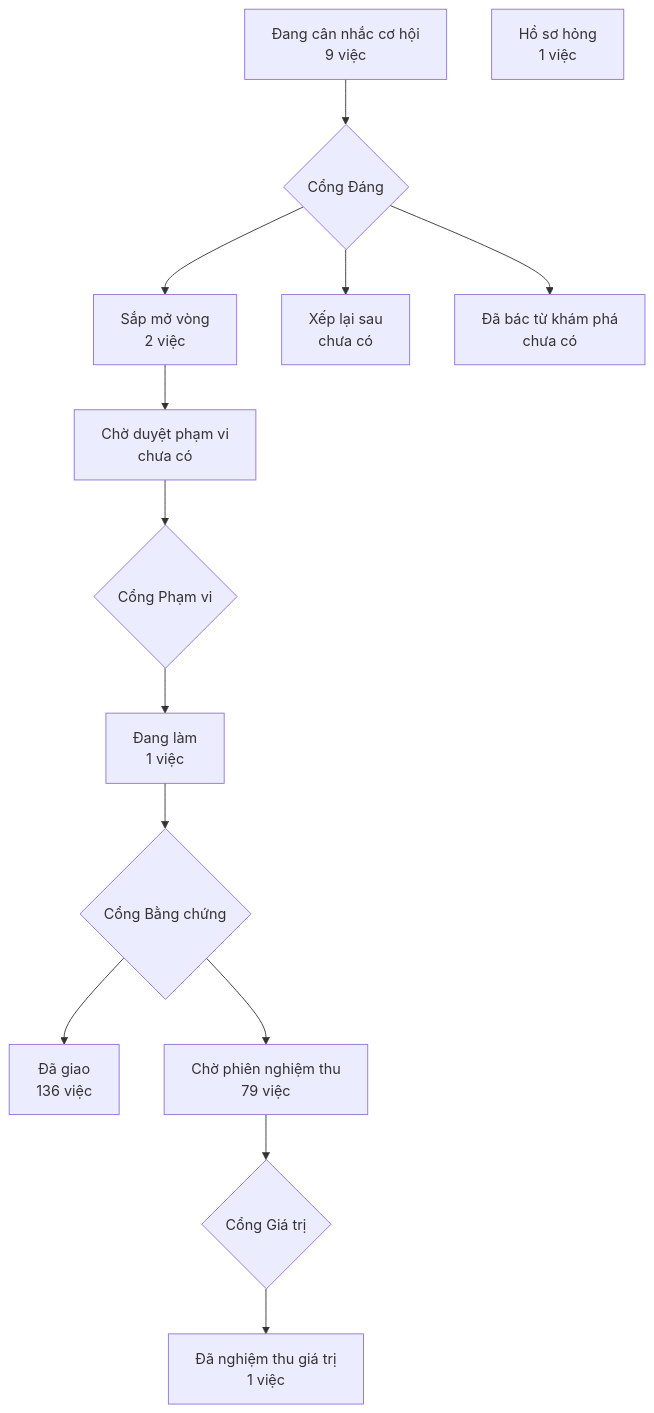
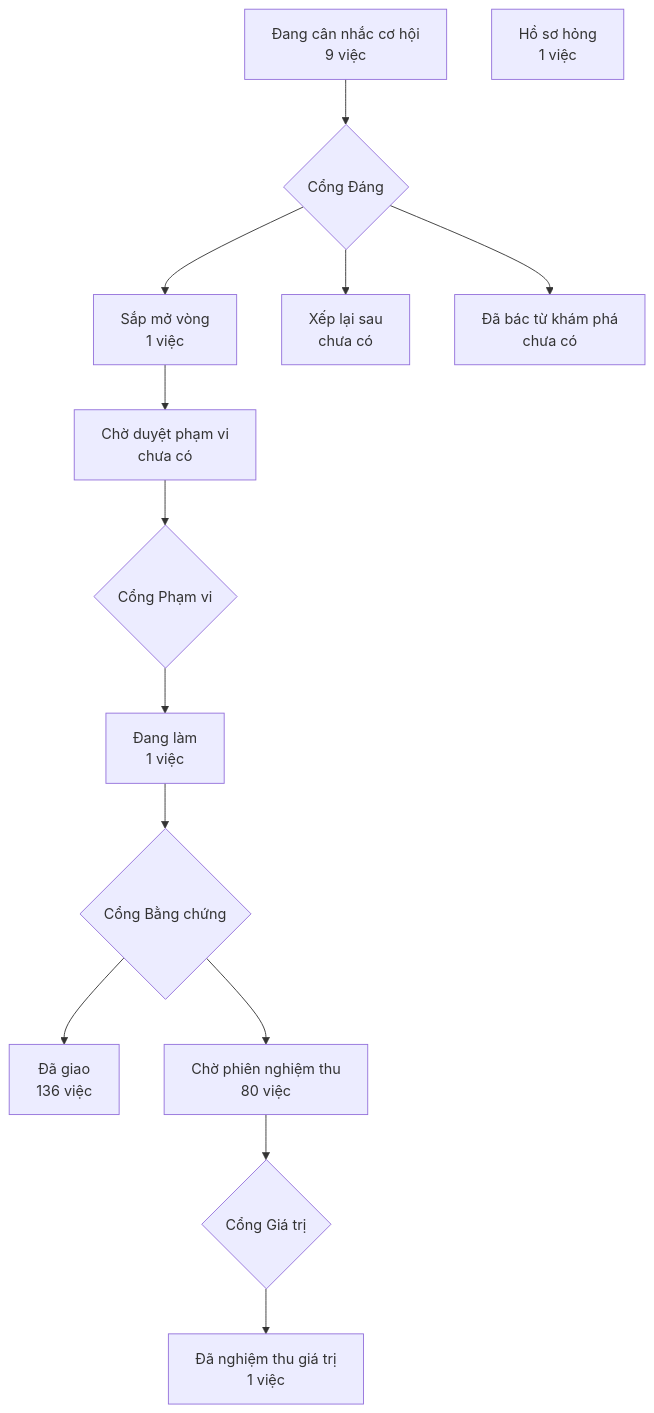
Before and after one commit to phanlemanh/crm-onehub: the diagram in PRODUCT-MAP.md, drawn with Mermaid. The commit also changed other lines of this file and 1 other file, not shown here.

Commit message:
docs: vẽ lại bản đồ sản phẩm và lộ trình bằng bộ vẽ 2.26 sau gộp onehub 1226a5f1

````diff
--- a/PRODUCT-MAP.md
+++ b/PRODUCT-MAP.md
@@ -7,13 +7,13 @@
 ```mermaid
 flowchart TD
   A["Đang cân nhắc cơ hội<br/>9 việc"] --> GD{"Cổng Đáng"}
-  GD --> B["Sắp mở vòng<br/>2 việc"]
+  GD --> B["Sắp mở vòng<br/>1 việc"]
   GD --> XL["Xếp lại sau<br/>chưa có"]
   GD --> DB["Đã bác từ khám phá<br/>chưa có"]
   B --> CD["Chờ duyệt phạm vi<br/>chưa có"] --> GP{"Cổng Phạm vi"}
   GP --> DL["Đang làm<br/>1 việc"] --> GB{"Cổng Bằng chứng"}
   GB --> DG["Đã giao<br/>136 việc"]
-  GB --> CN["Chờ phiên nghiệm thu<br/>79 việc"] --> GG{"Cổng Giá trị"}
+  GB --> CN["Chờ phiên nghiệm thu<br/>80 việc"] --> GG{"Cổng Giá trị"}
   GG --> NT["Đã nghiệm thu giá trị<br/>1 việc"]
   HS["Hồ sơ hỏng<br/>1 việc"]
 ```
````
